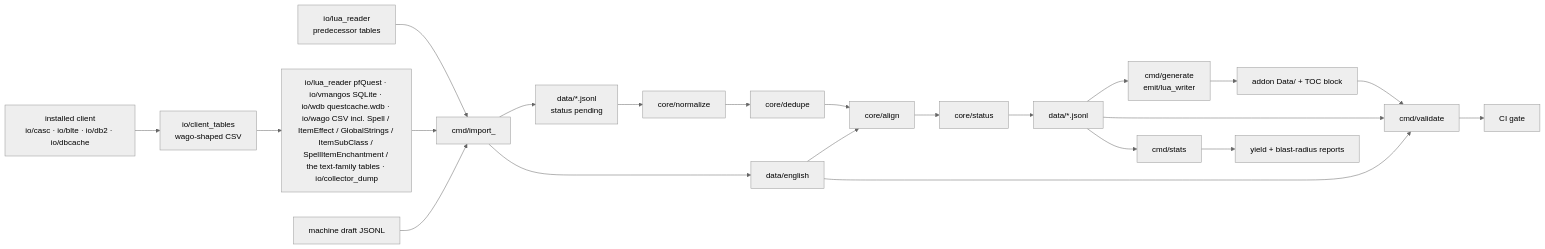
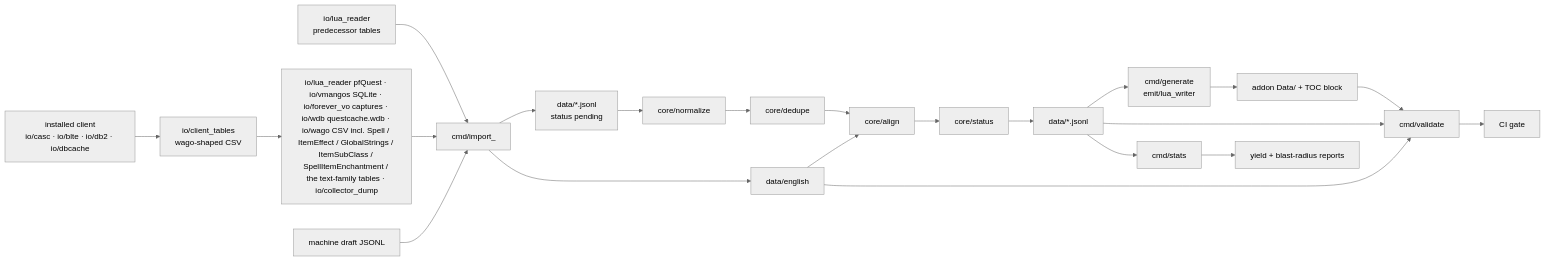
One commit to zyaga/wow-forever-japanese changed the diagram in docs/systems/pipeline.md. Above: the diagram before and after it, drawn with Mermaid (neutral theme). The commit also changed other lines of this file and 1513 other files, not shown here.

First line of the commit message:
Fix beta playtest problems and add Forever quest text from player captures (#7)

````diff
--- a/docs/systems/pipeline.md
+++ b/docs/systems/pipeline.md
@@ -9,14 +9,14 @@
 ```mermaid
 flowchart LR
   A[io/lua_reader<br/>predecessor tables] --> IM[cmd/import_] --> R[data/*.jsonl<br/>status pending]
-  B[io/lua_reader pfQuest · io/vmangos SQLite · io/wdb questcache.wdb · io/wago CSV incl. Spell / ItemEffect / GlobalStrings / ItemSubClass / SpellItemEnchantment / the text-family tables · io/collector_dump] --> IM --> EN[data/english]
+  B[io/lua_reader pfQuest · io/vmangos SQLite · io/forever_vo captures · io/wdb questcache.wdb · io/wago CSV incl. Spell / ItemEffect / GlobalStrings / ItemSubClass / SpellItemEnchantment / the text-family tables · io/collector_dump] --> IM --> EN[data/english]
   C[installed client<br/>io/casc · io/blte · io/db2 · io/dbcache] --> CT[io/client_tables<br/>wago-shaped CSV] --> B
   DJ[machine draft JSONL] --> IM
   R --> N[core/normalize] --> DD[core/dedupe] --> AL[core/align] --> ST[core/status] --> D[data/*.jsonl]
   EN --> AL
   D --> G[cmd/generate<br/>emit/lua_writer] --> L[addon Data/ + TOC block]
   D --> V[cmd/validate] --> CI[CI gate]
   EN --> V
   L --> V
   D --> RP[cmd/stats] --> O[yield + blast-radius reports]
 ```
````
